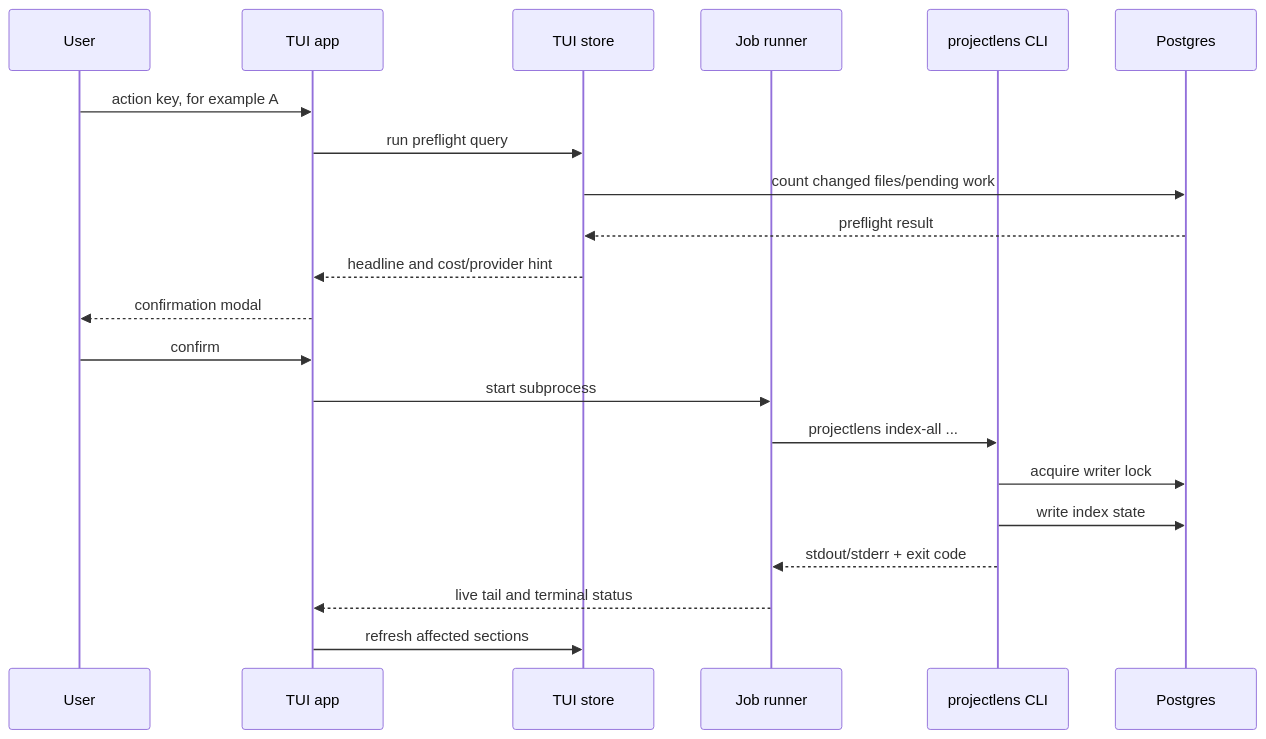
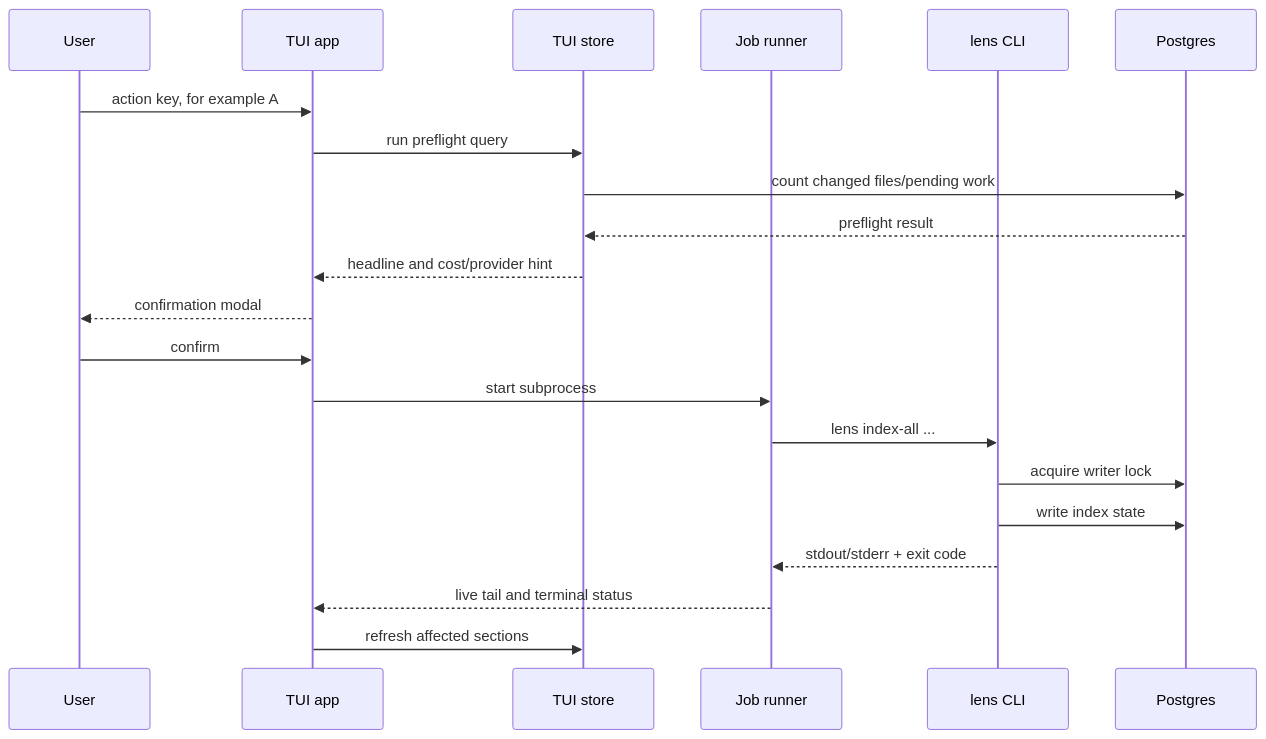
The fourth of 4 diagrams in docs/internals.md (hman-pro/projectlens), drawn with Mermaid before and after one commit. The commit also changed other lines of this file and 9 other files, not shown here.

Commit message:
docs: rename projectlens command to lens across docs, agents, scripts

````diff
--- a/docs/internals.md
+++ b/docs/internals.md
@@ -251,24 +251,24 @@
 ```mermaid
 sequenceDiagram
     participant User
     participant App as TUI app
     participant Store as TUI store
     participant Runner as Job runner
-    participant CLI as projectlens CLI
+    participant CLI as lens CLI
     participant DB as Postgres
 
     User->>App: action key, for example A
     App->>Store: run preflight query
     Store->>DB: count changed files/pending work
     DB-->>Store: preflight result
     Store-->>App: headline and cost/provider hint
     App-->>User: confirmation modal
     User->>App: confirm
     App->>Runner: start subprocess
-    Runner->>CLI: projectlens index-all ...
+    Runner->>CLI: lens index-all ...
     CLI->>DB: acquire writer lock
     CLI->>DB: write index state
     CLI-->>Runner: stdout/stderr + exit code
     Runner-->>App: live tail and terminal status
     App->>Store: refresh affected sections
 ```
````
